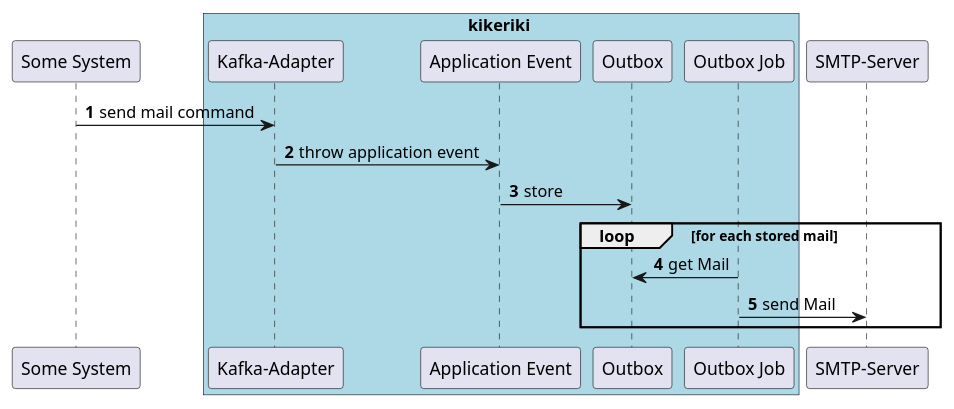
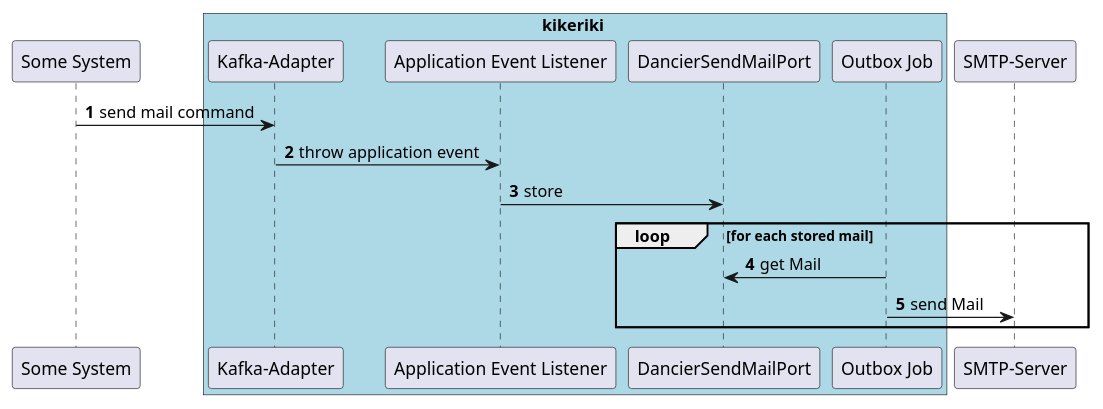
One commit to dancier/documentation changed the second of 7 diagrams in src/main/jbake/content/documentation/arc42/src/06_runtime_view.adoc. Above: the diagram before and after it, drawn with PlantUML. The commit also changed other lines of this file, not shown here.

Commit message:
refactored

```diff
--- a/src/main/jbake/content/documentation/arc42/src/06_runtime_view.adoc
+++ b/src/main/jbake/content/documentation/arc42/src/06_runtime_view.adoc
@@ -33,26 +33,26 @@
 [plantuml, send-mail-kikeriki, svg]
 ....
 @startuml
 
 autonumber
 
 participant "Some System" as ss
 box kikeriki #LightBlue
 participant "Kafka-Adapter" as ka
-participant "Application Event" as ae
-participant "Outbox"
+participant "Application Event Listener" as ael
+participant "DancierSendMailPort" as dsmp
 participant "Outbox Job" as oj
 end box
 participant "SMTP-Server" as smtp
 
 ss -> ka: send mail command
-ka -> ae : throw application event
-ae -> Outbox: store
+ka -> ael : throw application event
+ael -> dsmp: store
 
 loop for each stored mail
-  oj -> Outbox : get Mail
+  oj -> dsmp : get Mail
   oj -> smtp : send Mail
 end
 
 @enduml
 ....
```
